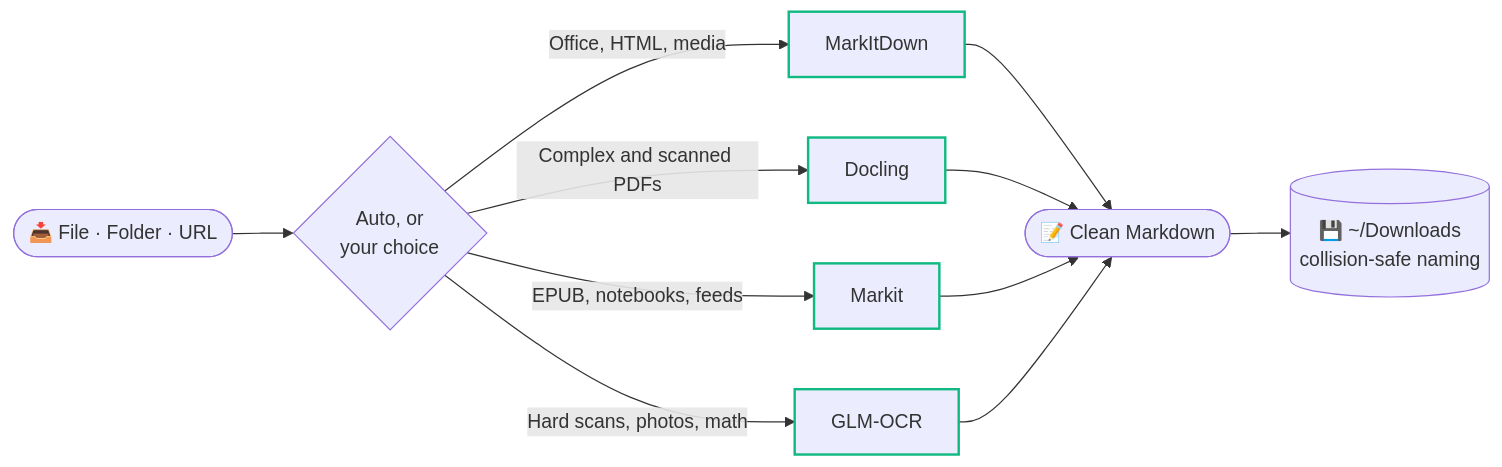
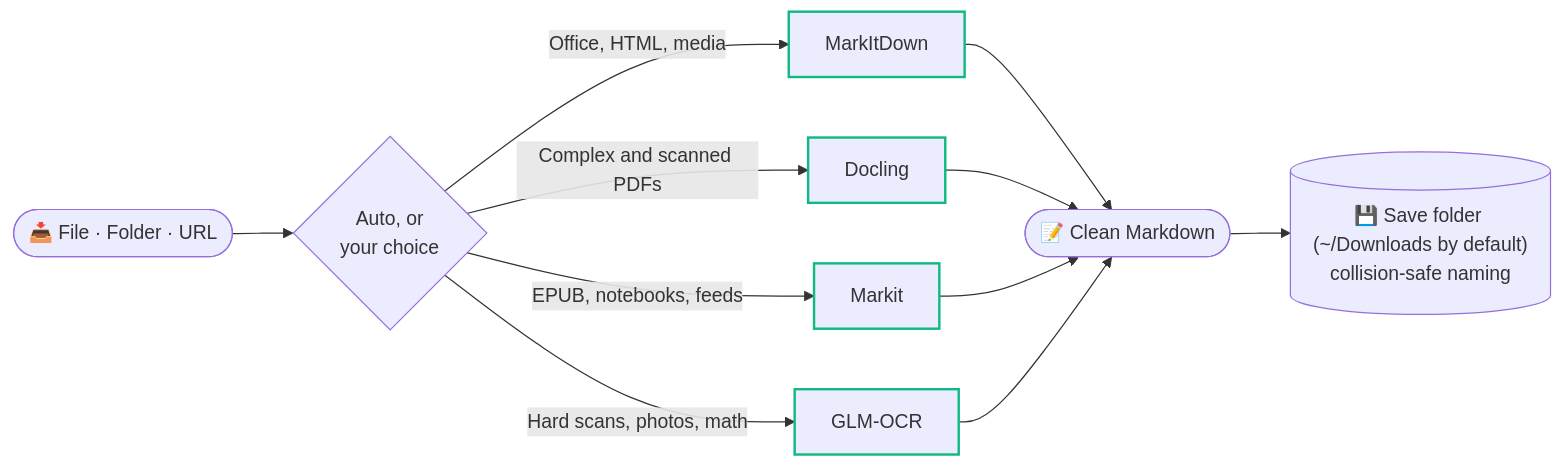
One commit to AbdoslamB/InkDoc changed the diagram in README.md. Above: the diagram before and after it, drawn with Mermaid. The commit also changed other lines of this file and 24 other files, not shown here.

First line of the commit message:
feat(1.2.0): save folder, Settings drawer, display settings

````diff
--- a/README.md
+++ b/README.md
@@ -192,16 +192,16 @@
 ```mermaid
 flowchart LR
     IN(["📥 File · Folder · URL"]) --> SEL{"Auto, or<br/>your choice"}
     SEL -->|"Office, HTML, media"| MD["MarkItDown"]
     SEL -->|"Complex and scanned PDFs"| DL["Docling"]
     SEL -->|"EPUB, notebooks, feeds"| MK["Markit"]
     SEL -->|"Hard scans, photos, math"| GL["GLM-OCR"]
     MD --> OUT(["📝 Clean Markdown"])
     DL --> OUT
     MK --> OUT
     GL --> OUT
-    OUT --> SAVE[("💾 ~/Downloads<br/>collision-safe naming")]
+    OUT --> SAVE[("💾 Save folder (~/Downloads by default)<br/>collision-safe naming")]
 
     classDef engine stroke:#10b981,stroke-width:2px;
     class MD,DL,MK,GL engine;
 ```
````
